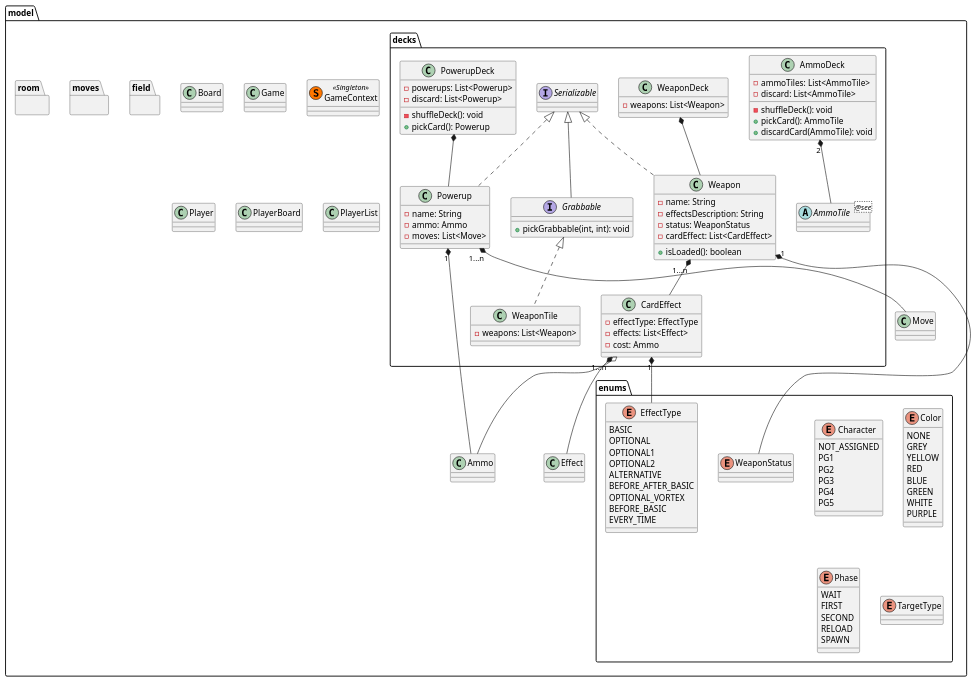
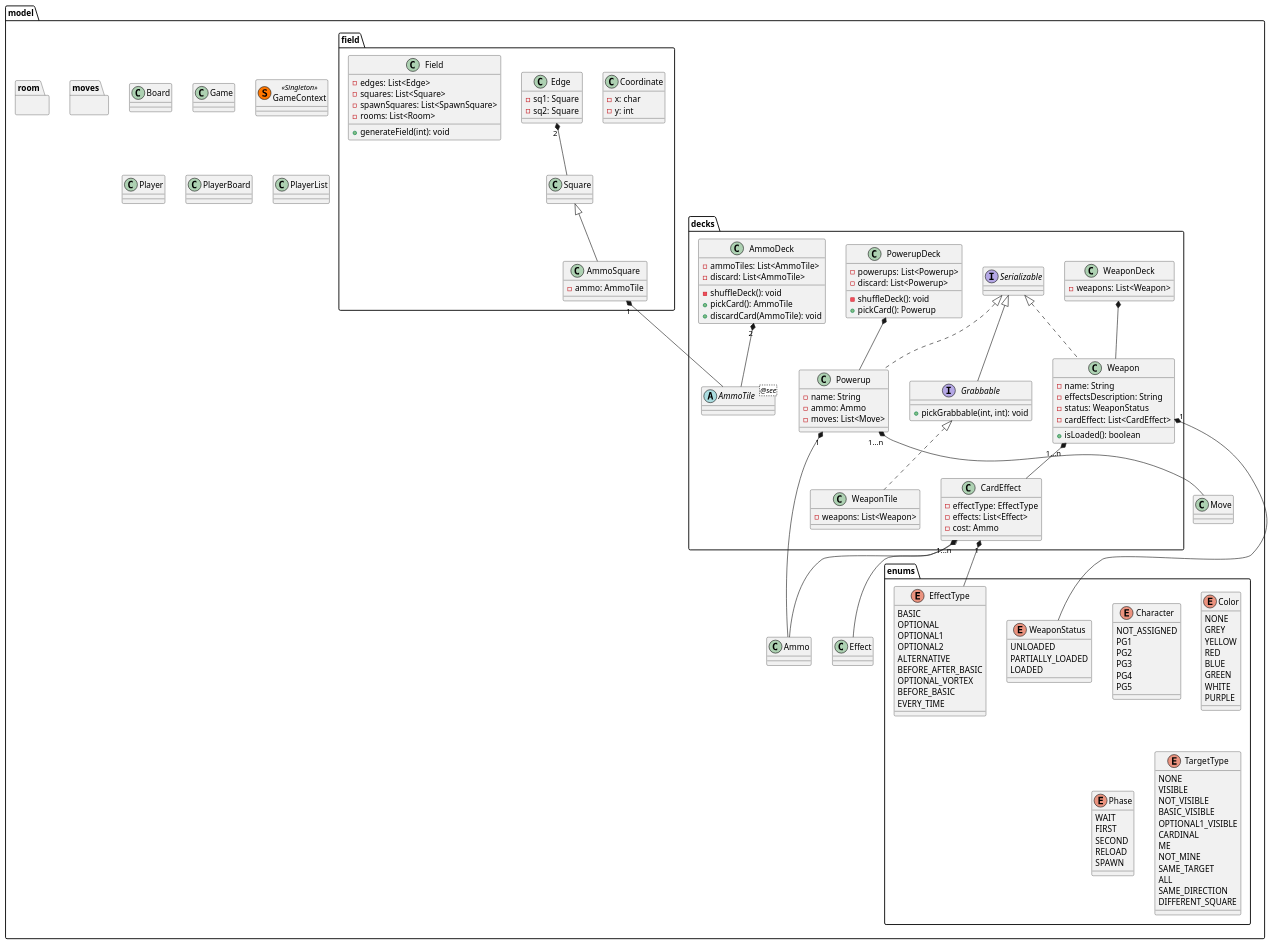
One commit to elenasl96/ing-sw-2019-6 changed the diagram in utility/final/MVCGeneralUML.puml. Above: the diagram before and after it, drawn with PlantUML. The commit also changed 9 other files, not shown here.

```diff
--- a/utility/final/MVCGeneralUML.puml
+++ b/utility/final/MVCGeneralUML.puml
@@ -1,154 +1,194 @@
 @startuml
 package model{
     package decks{
         class AmmoDeck{
             - ammoTiles: List<AmmoTile>
             - discard: List<AmmoTile>
             __
             - shuffleDeck(): void
             + pickCard(): AmmoTile
             + discardCard(AmmoTile): void
         }
 
         abstract class AmmoTile <@see>
 
         class CardEffect{
             - effectType: EffectType
             - effects: List<Effect>
             - cost: Ammo
         }
 
         interface Grabbable extends Serializable{
             + pickGrabbable(int, int): void
         }
 
         class Powerup implements Serializable{
             - name: String
             - ammo: Ammo
             - moves: List<Move>
         }
 
         class PowerupDeck{
             - powerups: List<Powerup>
             - discard: List<Powerup>
             __
             - shuffleDeck(): void
             + pickCard(): Powerup
         }
 
         class Weapon implements Serializable{
             - name: String
             - effectsDescription: String
             - status: WeaponStatus
             - cardEffect: List<CardEffect>
             __
             + isLoaded(): boolean
         }
 
         class WeaponDeck{
             - weapons: List<Weapon>
         }
 
         class WeaponTile implements Grabbable{
             - weapons: List<Weapon>
         }
 
         AmmoDeck "2" *-- AmmoTile
         PowerupDeck *-- Powerup
         WeaponDeck *-- Weapon
     }
 
     package enums{
         enum Character{
             NOT_ASSIGNED
             PG1
             PG2
             PG3
             PG4
             PG5
         }
         enum Color{
             NONE
             GREY
             YELLOW
             RED
             BLUE
             GREEN
             WHITE
             PURPLE
         }
         enum EffectType {
             BASIC
             OPTIONAL
             OPTIONAL1
             OPTIONAL2
             ALTERNATIVE
             BEFORE_AFTER_BASIC
             OPTIONAL_VORTEX
             BEFORE_BASIC
             EVERY_TIME
         }
         enum Phase{
             WAIT
             FIRST
             SECOND
             RELOAD
             SPAWN
         }
         enum TargetType{
-        
+            NONE
+            VISIBLE
+            NOT_VISIBLE
+            BASIC_VISIBLE
+            OPTIONAL1_VISIBLE
+            CARDINAL
+            ME
+            NOT_MINE
+            SAME_TARGET
+            ALL
+            SAME_DIRECTION
+            DIFFERENT_SQUARE
         }
-        enum WeaponStatus
+        enum WeaponStatus{
+            UNLOADED
+            PARTIALLY_LOADED
+            LOADED
+        }
     }
 
     package field{
+        class AmmoSquare extends Square{
+            - ammo: AmmoTile
+        }
 
+        class Coordinate {
+            - x: char
+            - y: int
+        }
+
+        class Edge{
+            - sq1: Square
+            - sq2: Square
+        }
+
+        class Field{
+            - edges: List<Edge>
+            - squares: List<Square>
+            - spawnSquares: List<SpawnSquare>
+            - rooms: List<Room>
+            __
+            + generateField(int): void
+        }
+
+        Edge "2" *-- Square
     }
 
     package moves{
 
     }
 
     package room{
 
     }
 
     class Ammo{
 
     }
 
     class Board{
 
     }
 
     class Game{
 
     }
 
     class GameContext  << (S,#FF7700) Singleton >> {
 
     }
 
     class Player {
 
     }
 
     class PlayerBoard{
 
     }
 
     class PlayerList {
 
     }
 
     CardEffect "1" *-- EffectType
     CardEffect "1...n" *-- Effect
     CardEffect o-- Ammo
 
     Powerup "1" *-- Ammo
     Powerup "1...n" *-- Move
 
     Weapon "1" *-- WeaponStatus
     Weapon "1...n" *-- CardEffect
+
+    AmmoSquare "1" *-- AmmoTile
 }
 @enduml
```
